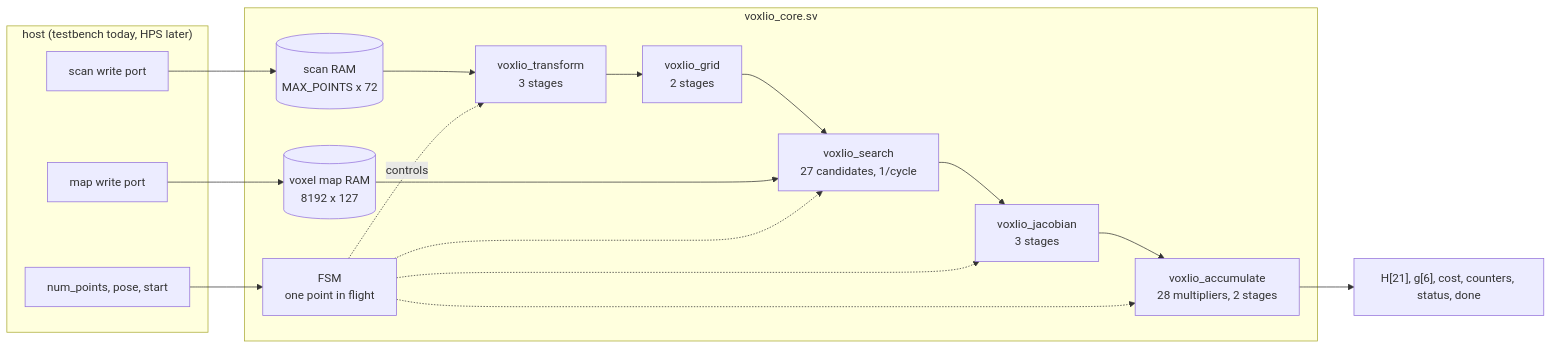
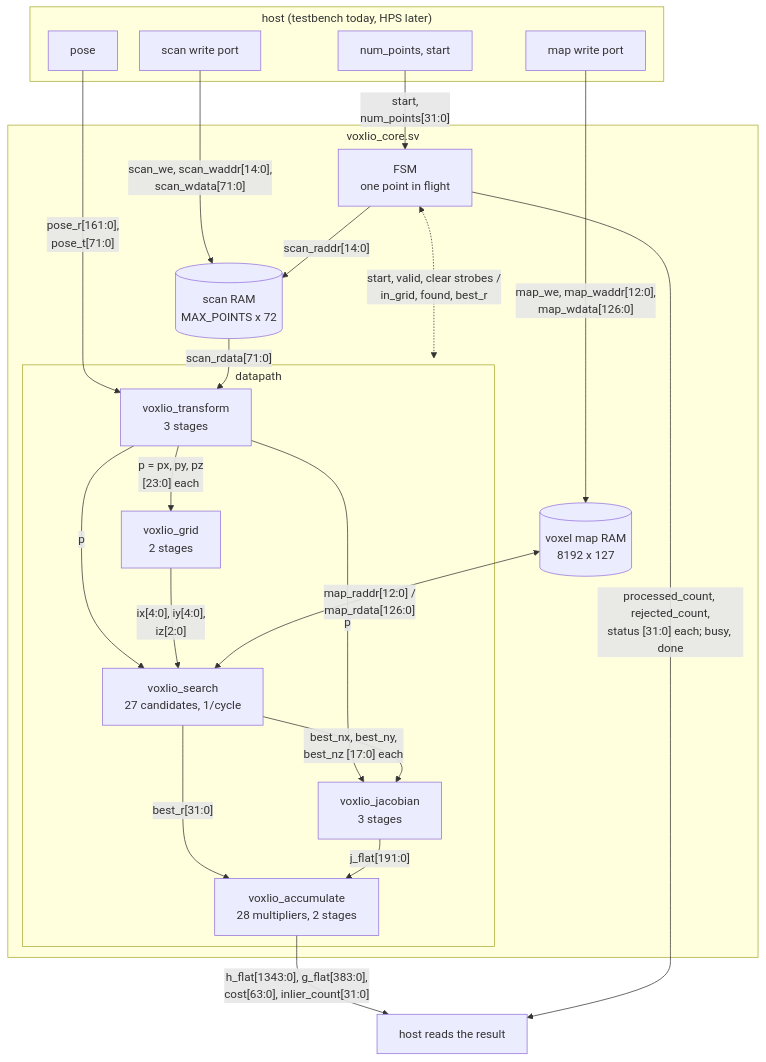
Before and after one commit to HengkerGila/VoxLIO_hackathon: the diagram in docs/rtl.md, drawn with Mermaid. The commit also changed other lines of this file and 2 other files, not shown here.

````diff
--- a/docs/rtl.md
+++ b/docs/rtl.md
@@ -12,28 +12,47 @@
 ```mermaid
-flowchart LR
+%%{init: {"flowchart": {"nodeSpacing": 30, "rankSpacing": 30, "subGraphTitleMargin": {"top": 4, "bottom": 14}}}}%%
+flowchart TD
+    %% A two-way link is one double-headed arrow, never two opposite arrows:
+    %% opposite arrows form a loop, and the layout then depends on the
+    %% Mermaid version.
     subgraph HOST["host (testbench today, HPS later)"]
+        W2["map write port"]
         W1["scan write port"]
-        W2["map write port"]
-        C["num_points, pose, start"]
+        P["pose"]
+        C["num_points, start"]
     end
+
     subgraph CORE["voxlio_core.sv"]
+        M[("voxel map RAM<br/>8192 x 127")]
         S[("scan RAM<br/>MAX_POINTS x 72")]
-        M[("voxel map RAM<br/>8192 x 127")]
         F["FSM<br/>one point in flight"]
-        T["voxlio_transform<br/>3 stages"]
-        G["voxlio_grid<br/>2 stages"]
-        Q["voxlio_search<br/>27 candidates, 1/cycle"]
-        J["voxlio_jacobian<br/>3 stages"]
-        A["voxlio_accumulate<br/>28 multipliers, 2 stages"]
+        subgraph PIPE["datapath"]
+            T["voxlio_transform<br/>3 stages"]
+            G["voxlio_grid<br/>2 stages"]
+            Q["voxlio_search<br/>27 candidates, 1/cycle"]
+            J["voxlio_jacobian<br/>3 stages"]
+            A["voxlio_accumulate<br/>28 multipliers, 2 stages"]
+        end
     end
-    W1 --> S
-    W2 --> M
-    C --> F
-    S --> T --> G --> Q --> J --> A
-    M --> Q
-    F -.controls.-> T
-    F -.-> Q
-    F -.-> J
-    F -.-> A
-    A --> R["H[21], g[6], cost, counters, status, done"]
+
+    R["host reads the result"]
+
+    W1 -- "scan_we, scan_waddr[14:0],<br/>scan_wdata[71:0]" --> S
+    W2 -- "map_we, map_waddr[12:0],<br/>map_wdata[126:0]" --> M
+    P -- "pose_r[161:0],<br/>pose_t[71:0]" --> T
+    C -- "start,<br/>num_points[31:0]" --> F
+
+    F -- "scan_raddr[14:0]" --> S
+    F <-. "start, valid, clear strobes /<br/>in_grid, found, best_r" .-> PIPE
+    S -- "scan_rdata[71:0]" --> T
+    T -- "p = px, py, pz<br/>[23:0] each" --> G
+    T -- "p" --> Q
+    T -- "p" --> J
+    G -- "ix[4:0], iy[4:0],<br/>iz[2:0]" --> Q
+    M <-- "map_raddr[12:0] /<br/>map_rdata[126:0]" --> Q
+    Q -- "best_nx, best_ny,<br/>best_nz [17:0] each" --> J
+    Q -- "best_r[31:0]" --> A
+    J -- "j_flat[191:0]" --> A
+    A -- "h_flat[1343:0], g_flat[383:0],<br/>cost[63:0], inlier_count[31:0]" --> R
+    F -- "processed_count, rejected_count,<br/>status [31:0] each; busy, done" --> R
 ```
````
